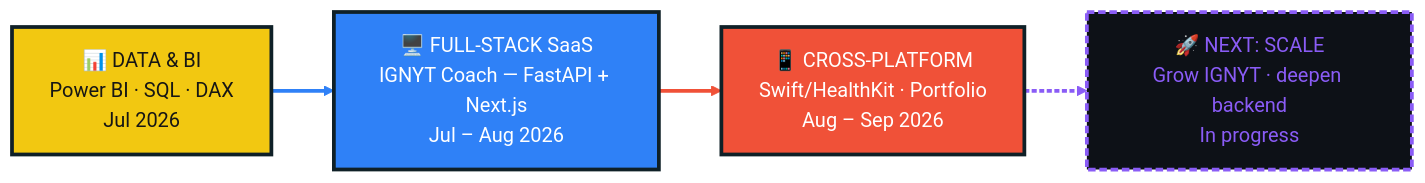
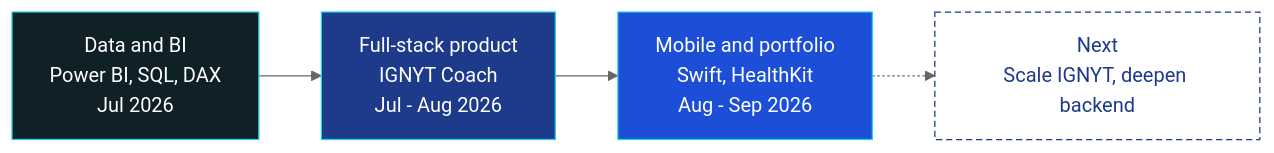
Before and after one commit to varun642002/varun642002: the diagram in README.md, drawn with Mermaid (neutral theme). The commit also changed other lines of this file, not shown here.

````diff
--- a/README.md
+++ b/README.md
@@ -275,15 +123,11 @@
 ```mermaid
 flowchart LR
-    A["📊 DATA & BI\nPower BI · SQL · DAX\nJul 2026"] --> B["🖥️ FULL-STACK SaaS\nIGNYT Coach — FastAPI + Next.js\nJul – Aug 2026"]
-    B --> C["📱 CROSS-PLATFORM\nSwift/HealthKit · Portfolio\nAug – Sep 2026"]
-    C -.-> D["🚀 NEXT: SCALE\nGrow IGNYT · deepen backend\nIn progress"]
+    A["Data and BI<br/>Power BI, SQL, DAX<br/>Jul 2026"] --> B["Full-stack product<br/>IGNYT Coach<br/>Jul - Aug 2026"]
+    B --> C["Mobile and portfolio<br/>Swift, HealthKit<br/>Aug - Sep 2026"]
+    C -.-> D["Next<br/>Scale IGNYT, deepen backend"]
 
-    style A fill:#F2C811,stroke:#0f2027,stroke-width:3px,color:#161615
-    style B fill:#2F81F7,stroke:#0f2027,stroke-width:3px,color:#ffffff
-    style C fill:#F05138,stroke:#0f2027,stroke-width:3px,color:#ffffff
-    style D fill:#0d1117,stroke:#8A5CF6,stroke-width:3px,stroke-dasharray:6 3,color:#8A5CF6
-
-    linkStyle 0 stroke:#2F81F7,stroke-width:3px
-    linkStyle 1 stroke:#F05138,stroke-width:3px
-    linkStyle 2 stroke:#8A5CF6,stroke-width:3px,stroke-dasharray:4 2
+    style A fill:#0f2027,stroke:#22d3ee,color:#ffffff
+    style B fill:#1e3a8a,stroke:#22d3ee,color:#ffffff
+    style C fill:#1d4ed8,stroke:#22d3ee,color:#ffffff
+    style D fill:#ffffff,stroke:#1e3a8a,stroke-dasharray:5 3,color:#1e3a8a
 ```
````
